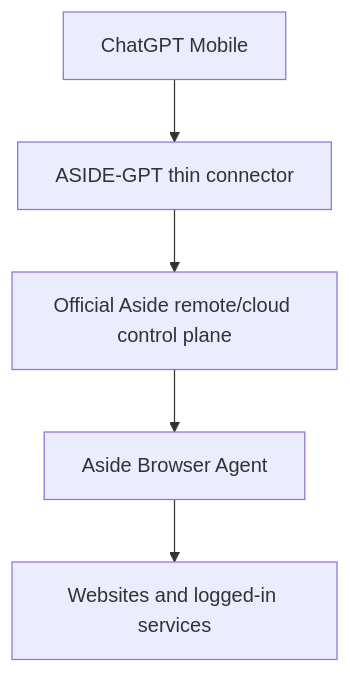
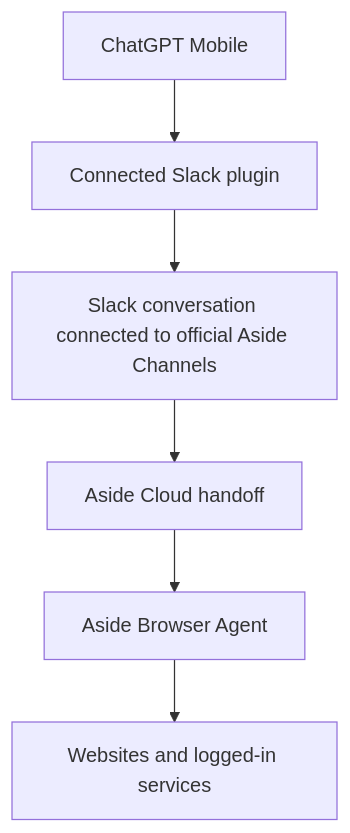
Before and after one commit to khs0927/ASIDE-GPT: the diagram in README.md, drawn with Mermaid. The commit also changed other lines of this file, not shown here.

Commit message:
docs: make official Aside Channels over Slack the preferred mobile path

````diff
--- a/README.md
+++ b/README.md
@@ -7,7 +11,8 @@
 ```mermaid
 flowchart TD
-    M[ChatGPT Mobile] --> C[ASIDE-GPT thin connector]
-    C --> A[Official Aside remote/cloud control plane]
-    A --> B[Aside Browser Agent]
-    B --> W[Websites and logged-in services]
+    M[ChatGPT Mobile] --> S[Connected Slack plugin]
+    S --> C[Slack conversation connected to official Aside Channels]
+    C --> H[Aside Cloud handoff]
+    H --> A[Aside Browser Agent]
+    A --> W[Websites and logged-in services]
 ```
````
